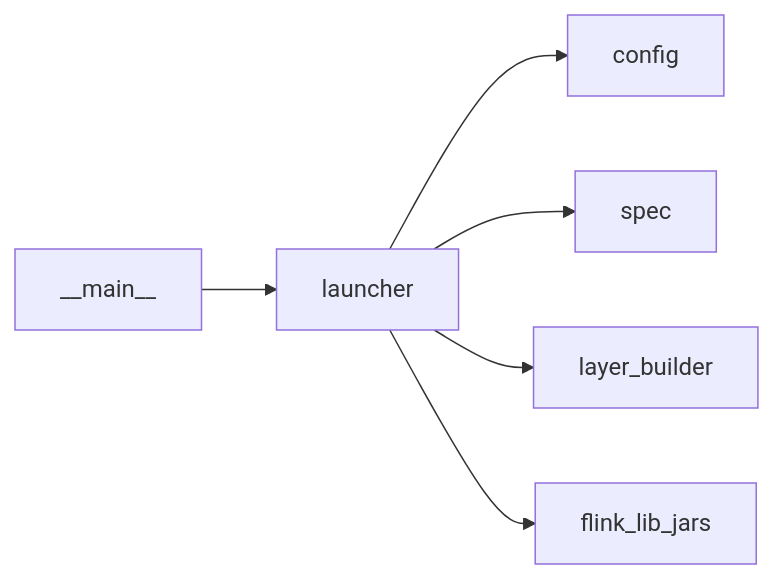
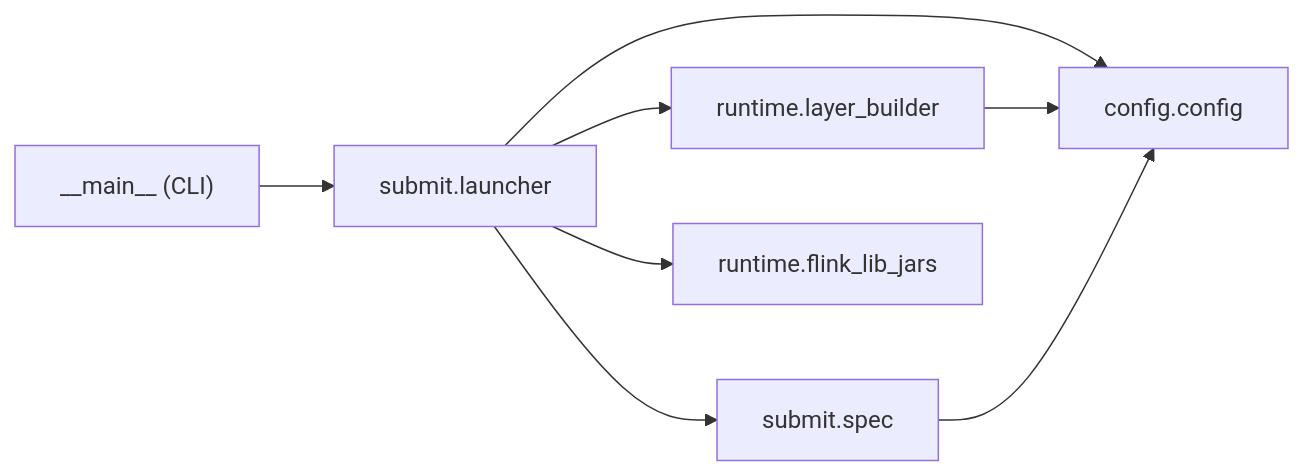
Before and after one commit to ytsaurus/ytsaurus-flyt: the second of 2 diagrams in python/ARCHITECTURE.md, drawn with Mermaid. The commit also changed other lines of this file and 58 other files, not shown here.

````diff
--- a/python/ARCHITECTURE.md
+++ b/python/ARCHITECTURE.md
@@ -34,8 +48,10 @@
 ```mermaid
 graph LR
-    m[__main__] --> L[launcher]
-    L --> cfg[config]
-    L --> sp[spec]
-    L --> lb[layer_builder]
-    L --> jlib[flink_lib_jars]
+    m["__main__ (CLI)"] --> L["submit.launcher"]
+    L --> cfg["config.config"]
+    L --> sp["submit.spec"]
+    L --> lb["runtime.layer_builder"]
+    L --> jlib["runtime.flink_lib_jars"]
+    lb --> cfg
+    sp --> cfg
 ```
````
